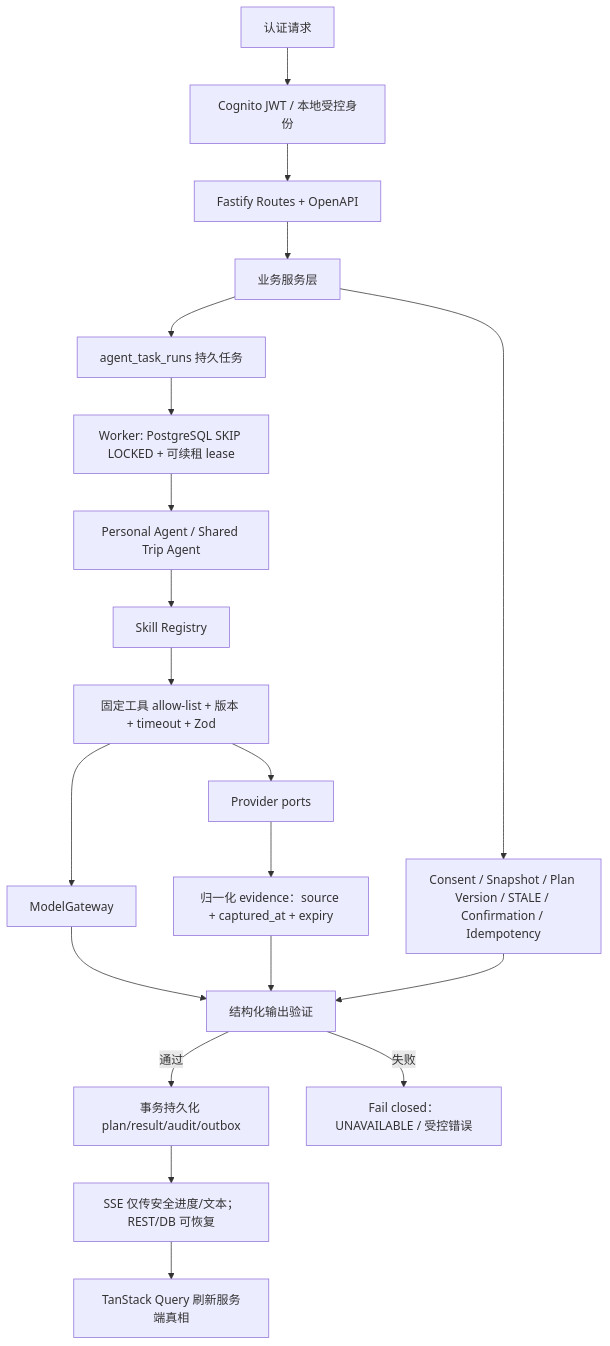
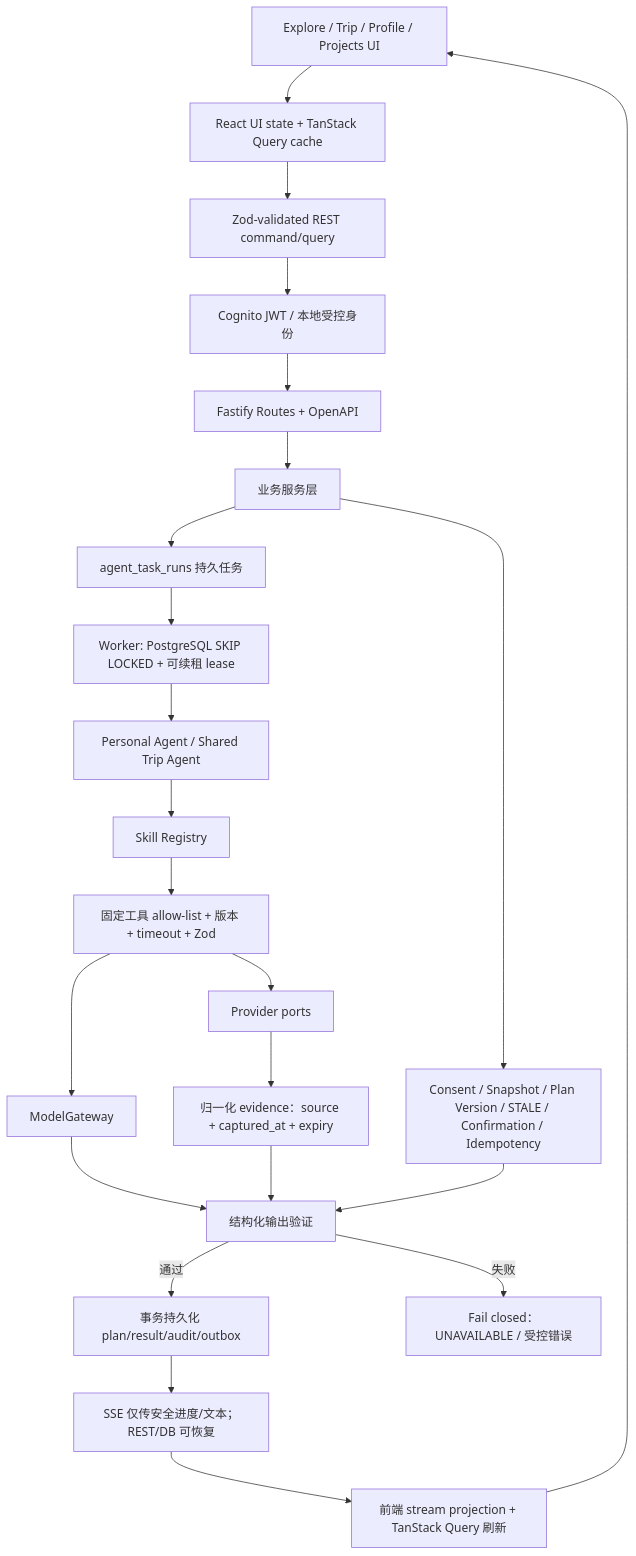
The second of 8 diagrams in docs/technical-architecture-overview.md (KuGua/wanderly-ai-travel-agent), drawn with Mermaid before and after one commit. The commit also changed other lines of this file, not shown here.

Commit message:
feat(docs): enhance technical architecture overview with detailed frontend and API interactions

````diff
--- a/docs/technical-architecture-overview.md
+++ b/docs/technical-architecture-overview.md
@@ -73,22 +79,25 @@
 ```mermaid
 flowchart TD
-    request["认证请求"] --> auth["Cognito JWT / 本地受控身份"]
+    interaction["Explore / Trip / Profile / Projects UI"] --> browserState["React UI state + TanStack Query cache"]
+    browserState --> request["Zod-validated REST command/query"]
+    request --> auth["Cognito JWT / 本地受控身份"]
     auth --> routes["Fastify Routes + OpenAPI"]
     routes --> services["业务服务层"]
     services --> invariants["Consent / Snapshot / Plan Version / STALE / Confirmation / Idempotency"]
     services --> task["agent_task_runs 持久任务"]
     task --> claim["Worker: PostgreSQL SKIP LOCKED + 可续租 lease"]
     claim --> agent["Personal Agent / Shared Trip Agent"]
     agent --> registry["Skill Registry"]
     registry --> gate["固定工具 allow-list + 版本 + timeout + Zod"]
     gate --> model["ModelGateway"]
     gate --> provider["Provider ports"]
     provider --> evidence["归一化 evidence：source + captured_at + expiry"]
     model --> validate["结构化输出验证"]
     evidence --> validate
     invariants --> validate
     validate -->|"通过"| persist["事务持久化 plan/result/audit/outbox"]
     validate -->|"失败"| unavailable["Fail closed：UNAVAILABLE / 受控错误"]
     persist --> sse["SSE 仅传安全进度/文本；REST/DB 可恢复"]
-    sse --> client["TanStack Query 刷新服务端真相"]
+    sse --> client["前端 stream projection + TanStack Query 刷新"]
+    client --> interaction
 ```
````
